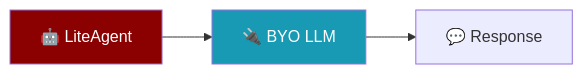
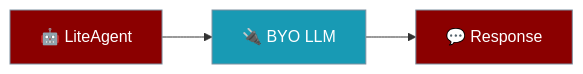
The diagram in docs/features/lite-package.mdx (MervinPraison/PraisonAIDocs), drawn with Mermaid before and after one commit. The commit also changed other lines of this file and 19 other files, not shown here.

````diff
--- a/docs/features/lite-package.mdx
+++ b/docs/features/lite-package.mdx
@@ -8,10 +24,11 @@
 ```mermaid
 graph LR
     Agent[🤖 LiteAgent] --> Tool[🔌 BYO LLM]
     Tool --> Result[💬 Response]
 
-    classDef agent fill:#8B0000,color:#fff
-    classDef tool fill:#189AB4,color:#fff
+    classDef agent fill:#8B0000,stroke:#7C90A0,color:#fff
+    classDef tool fill:#189AB4,stroke:#7C90A0,color:#fff
     class Agent agent
     class Tool tool
+    class Result agent
 ```
````
